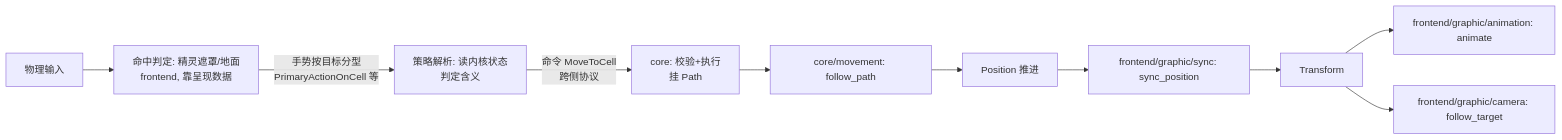
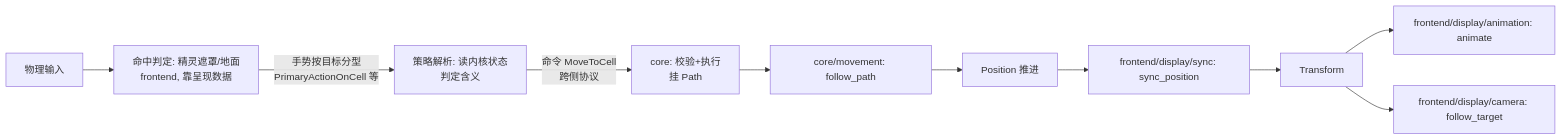
One commit to feng1st/tome changed the second of 2 diagrams in openspec/changes/split-data-display-input-plugins/design.md. Above: the diagram before and after it, drawn with Mermaid. The commit also changed other lines of this file and 73 other files, not shown here.

First line of the commit message:
Rename graphic to display; device-axis input translation and phase cleanup

````diff
--- a/openspec/changes/split-data-display-input-plugins/design.md
+++ b/openspec/changes/split-data-display-input-plugins/design.md
@@ -62,12 +62,12 @@
 ```mermaid
 flowchart LR
     raw[物理输入] --> hit[命中判定: 精灵遮罩/地面<br>frontend, 靠呈现数据]
     hit -->|手势按目标分型<br>PrimaryActionOnCell 等| disp[策略解析: 读内核状态<br>判定含义]
     disp -->|命令 MoveToCell<br>跨侧协议| exec[core: 校验+执行<br>挂 Path]
     exec --> follow[core/movement: follow_path]
     follow --> pos[Position 推进]
-    pos --> sync[frontend/graphic/sync: sync_position]
+    pos --> sync[frontend/display/sync: sync_position]
     sync --> trans[Transform]
-    trans --> anim[frontend/graphic/animation: animate]
-    trans --> cam[frontend/graphic/camera: follow_target]
+    trans --> anim[frontend/display/animation: animate]
+    trans --> cam[frontend/display/camera: follow_target]
 ```
````
